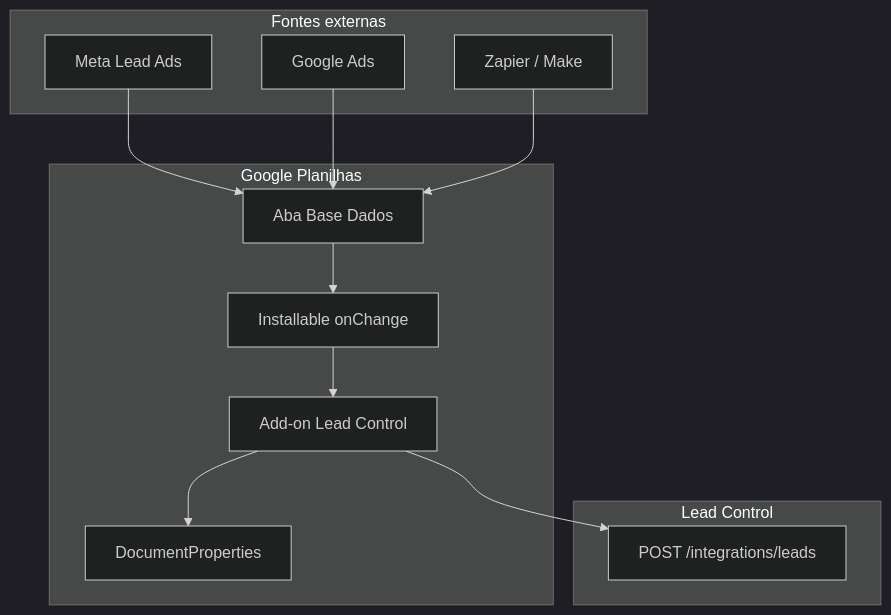
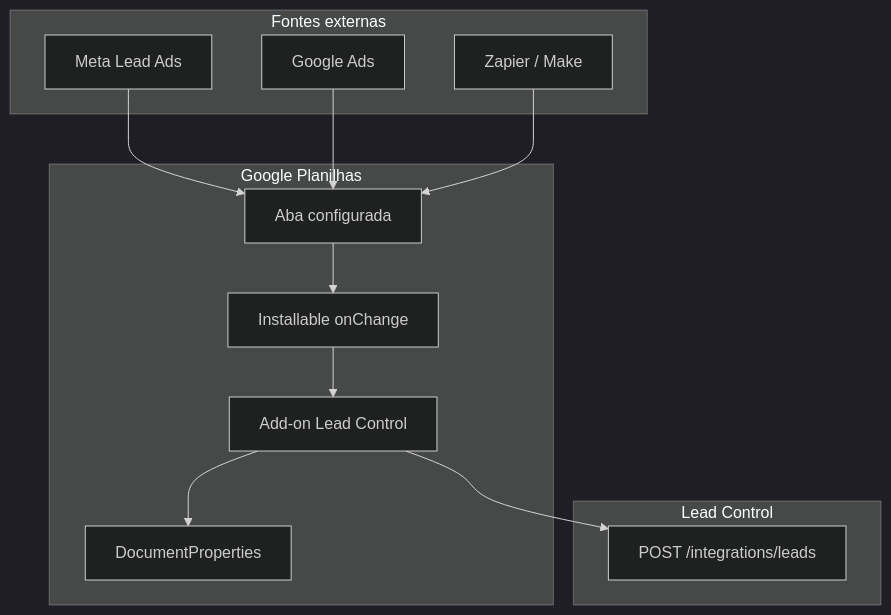
One commit to AurisAASI/gsheets-add-new-lead-integration changed the diagram in docs/architecture.md. Above: the diagram before and after it, drawn with Mermaid (dark theme). The commit also changed other lines of this file and 4 other files, not shown here.

````diff
--- a/docs/architecture.md
+++ b/docs/architecture.md
@@ -9,27 +9,27 @@
 ```mermaid
 flowchart TD
     subgraph external [Fontes externas]
         Meta[Meta Lead Ads]
         GoogleAds[Google Ads]
         Zapier[Zapier / Make]
     end
 
     subgraph sheets [Google Planilhas]
-        Sheet[Aba Base Dados]
+        Sheet[Aba configurada]
         AddOn[Add-on Lead Control]
         Props[DocumentProperties]
         Trigger[Installable onChange]
     end
 
     subgraph leadcontrol [Lead Control]
         API[POST /integrations/leads]
     end
 
     Meta --> Sheet
     GoogleAds --> Sheet
     Zapier --> Sheet
     Sheet --> Trigger
     Trigger --> AddOn
     AddOn --> Props
     AddOn --> API
 ```
````
